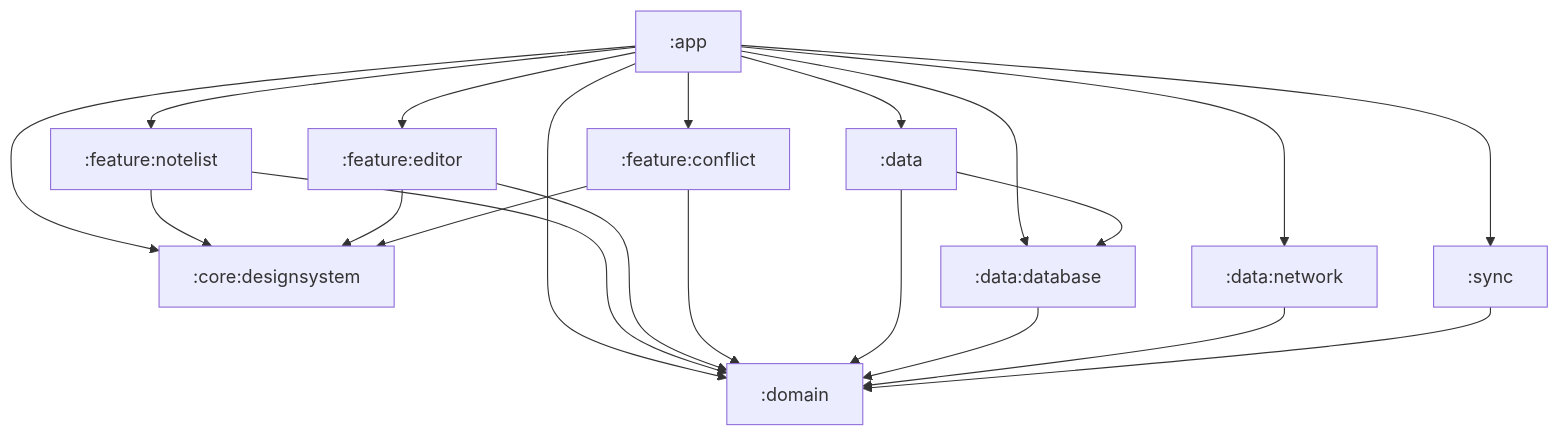
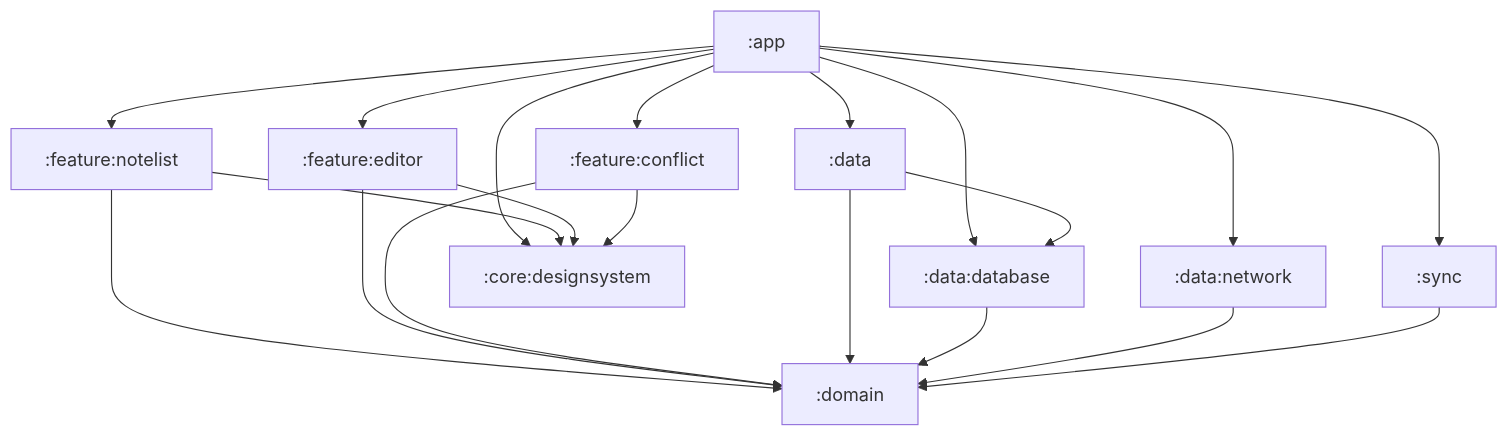
Before and after one commit to savvasg28/offline-notes: the first of 2 diagrams in README.md, drawn with Mermaid. The commit also changed other lines of this file and 2 other files, not shown here.

````diff
--- a/README.md
+++ b/README.md
@@ -72,23 +57,8 @@
 ```mermaid
 flowchart TD
-    app[":app"]
-    fnl[":feature:notelist"]
-    fed[":feature:editor"]
-    fco[":feature:conflict"]
-    cds[":core:designsystem"]
-    dom[":domain"]
-    dat[":data"]
-    ddb[":data:database"]
-    dnet[":data:network"]
-    sync[":sync"]
-
-    app --> fnl & fed & fco
-    app --> dom & dat & ddb & dnet & sync & cds
-    fnl --> dom & cds
-    fed --> dom & cds
-    fco --> dom & cds
+    app[":app"] --> fnl[":feature:notelist"] & fed[":feature:editor"] & fco[":feature:conflict"]
+    app --> dat[":data"] & ddb[":data:database"] & dnet[":data:network"] & sync[":sync"] & cds[":core:designsystem"]
+    fnl & fed & fco --> dom[":domain"] & cds
     dat --> dom & ddb
-    ddb --> dom
-    dnet --> dom
-    sync --> dom
+    ddb & dnet & sync --> dom
 ```
````
